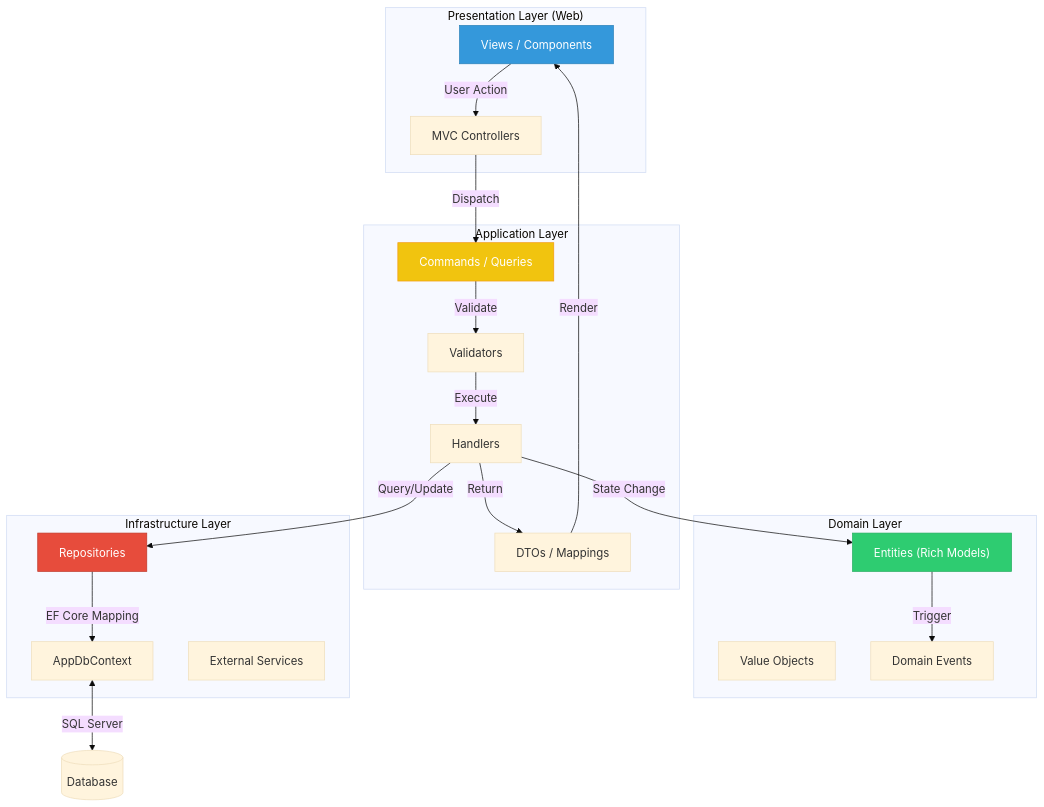
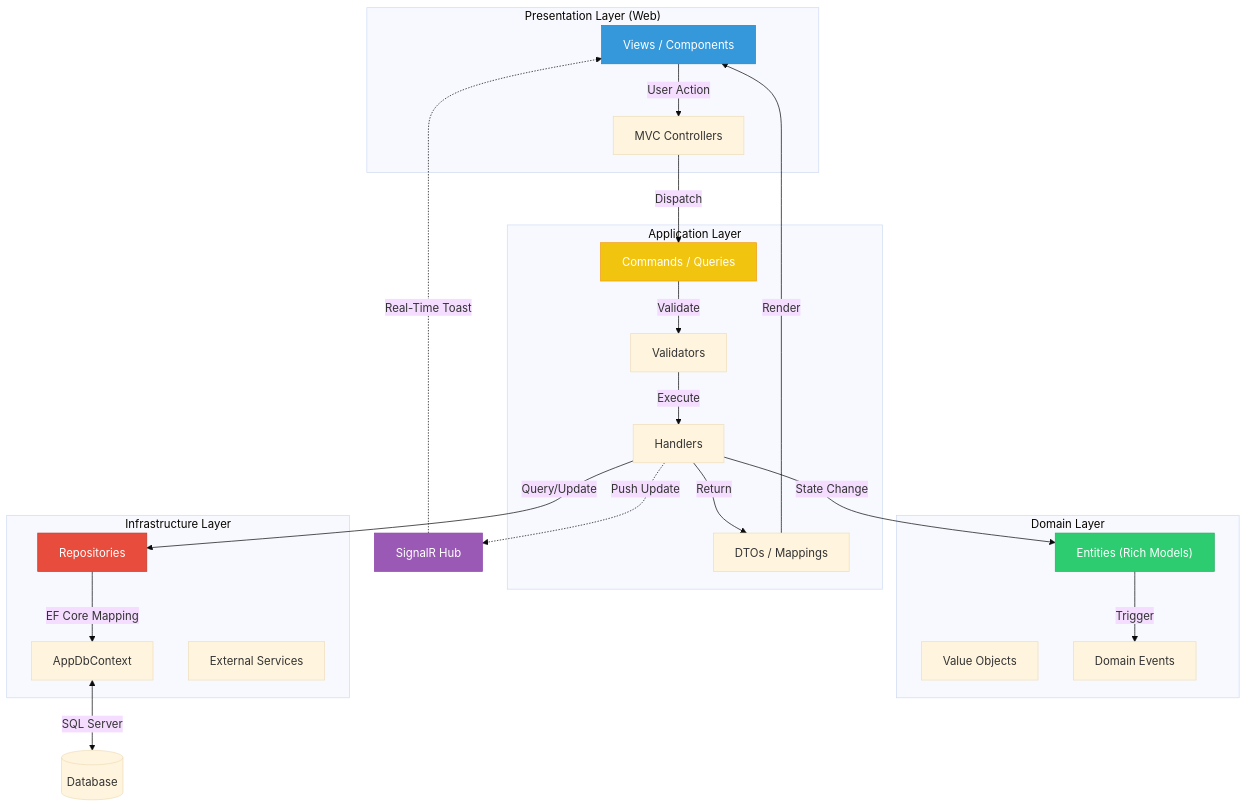
Before and after one commit to T-Boyke/TicketsPlease: the diagram in src/README.md, drawn with Mermaid (base theme). The commit also changed other lines of this file, not shown here.

First line of the commit message:
docs(src): document UI architecture and real-time messaging

````diff
--- a/src/README.md
+++ b/src/README.md
@@ -13,49 +13,54 @@
 ```mermaid
 graph TD
     %% Frontend/Entry
     subgraph "Presentation Layer (Web)"
         VC["Views / Components"]
         CTRL["MVC Controllers"]
     end
 
     %% Application/Process
     subgraph "Application Layer"
         CMD["Commands / Queries"]
         VAL["Validators"]
         HAND["Handlers"]
         DTO["DTOs / Mappings"]
     end
 
     %% Business/Core
     subgraph "Domain Layer"
         ENT["Entities (Rich Models)"]
         VO["Value Objects"]
         EVT["Domain Events"]
     end
 
     %% Infrastructure/External
     subgraph "Infrastructure Layer"
         DBA["AppDbContext"]
         REPO["Repositories"]
         EXT["External Services"]
     end
 
     %% Logic Flow
     VC -->|User Action| CTRL
     CTRL -->|Dispatch| CMD
     CMD -->|Validate| VAL
     VAL -->|Execute| HAND
     HAND -->|Query/Update| REPO
     REPO -->|EF Core Mapping| DBA
     DBA <-->|SQL Server| SQL[(Database)]
     HAND -->|State Change| ENT
     ENT -->|Trigger| EVT
     HAND -->|Return| DTO
     DTO -->|Render| VC
+    
+    %% Real-Time Flow
+    HAND -.->|Push Update| SIG["SignalR Hub"]
+    SIG -.->|Real-Time Toast| VC
 
     %% Styling
     style ENT fill:#2ecc71,stroke:#27ae60,color:#fff
     style CMD fill:#f1c40f,stroke:#f39c12,color:#fff
     style REPO fill:#e74c3c,stroke:#c0392b,color:#fff
     style VC fill:#3498db,stroke:#2980b9,color:#fff
+    style SIG fill:#9b59b6,stroke:#8e44ad,color:#fff
 ```
````
